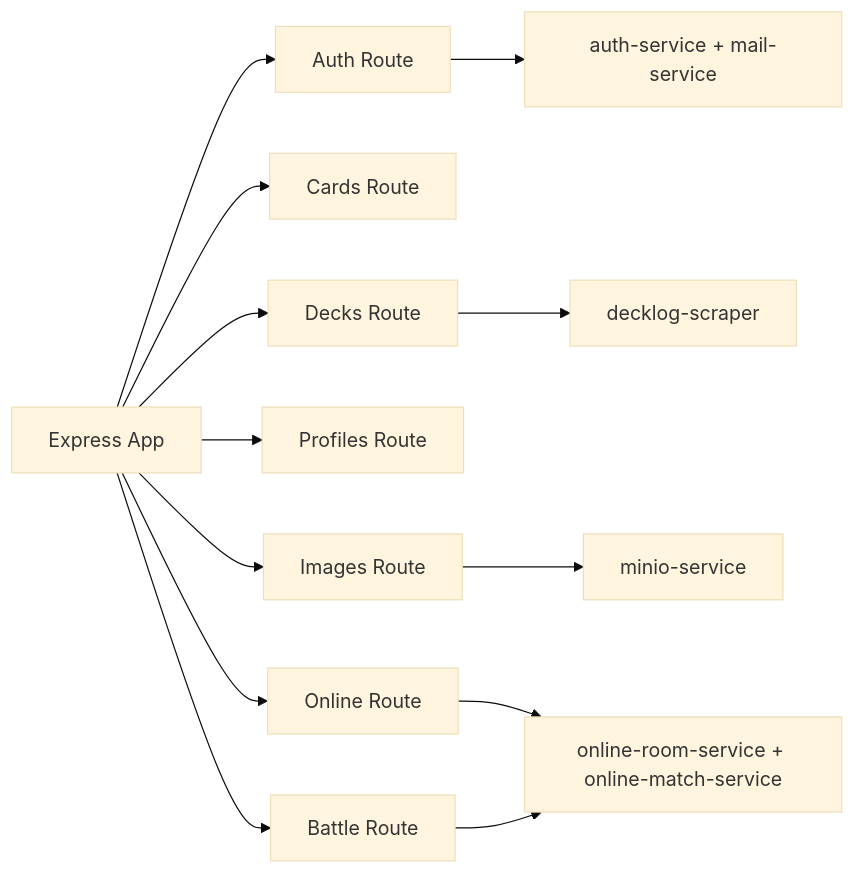
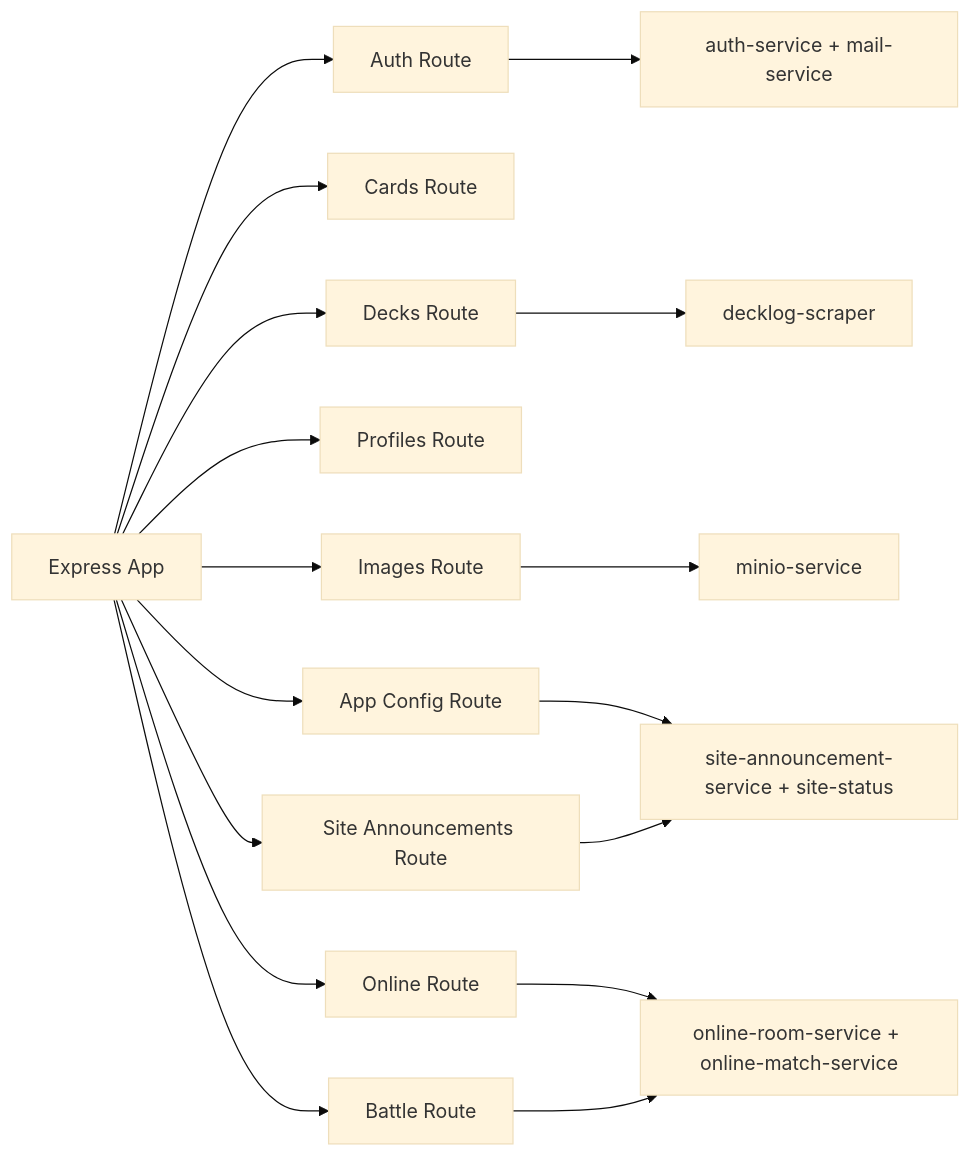
Before and after one commit to catmeow123456/loveca-dev: the seventh of 9 diagrams in docs/system-design.md, drawn with Mermaid (base theme). The commit also changed other lines of this file and 30 other files, not shown here.

````diff
--- a/docs/system-design.md
+++ b/docs/system-design.md
@@ -345,16 +345,20 @@
 ```mermaid
 graph LR
     App[Express App] --> AuthR[Auth Route]
     App --> CardsR[Cards Route]
     App --> DecksR[Decks Route]
     App --> ProfilesR[Profiles Route]
     App --> ImagesR[Images Route]
+    App --> ConfigR[App Config Route]
+    App --> SiteAnnouncementsR[Site Announcements Route]
     App --> OnlineR[Online Route]
     App --> BattleR[Battle Route]
 
     AuthR --> AuthSvc[auth-service + mail-service]
     DecksR --> Scraper[decklog-scraper]
     ImagesR --> MinioSvc[minio-service]
+    ConfigR --> OpsSvc[site-announcement-service + site-status]
+    SiteAnnouncementsR --> OpsSvc
     OnlineR --> OnlineSvc[online-room-service + online-match-service]
     BattleR --> OnlineSvc
 ```
````
